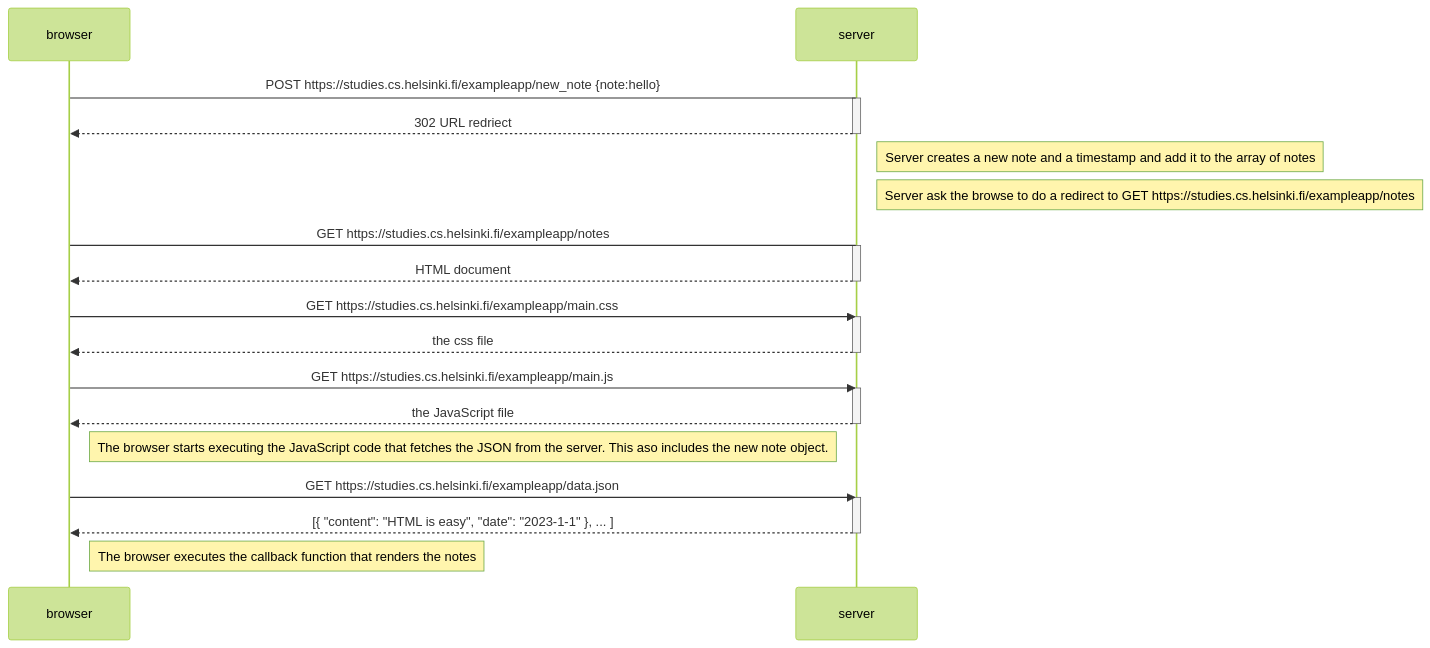
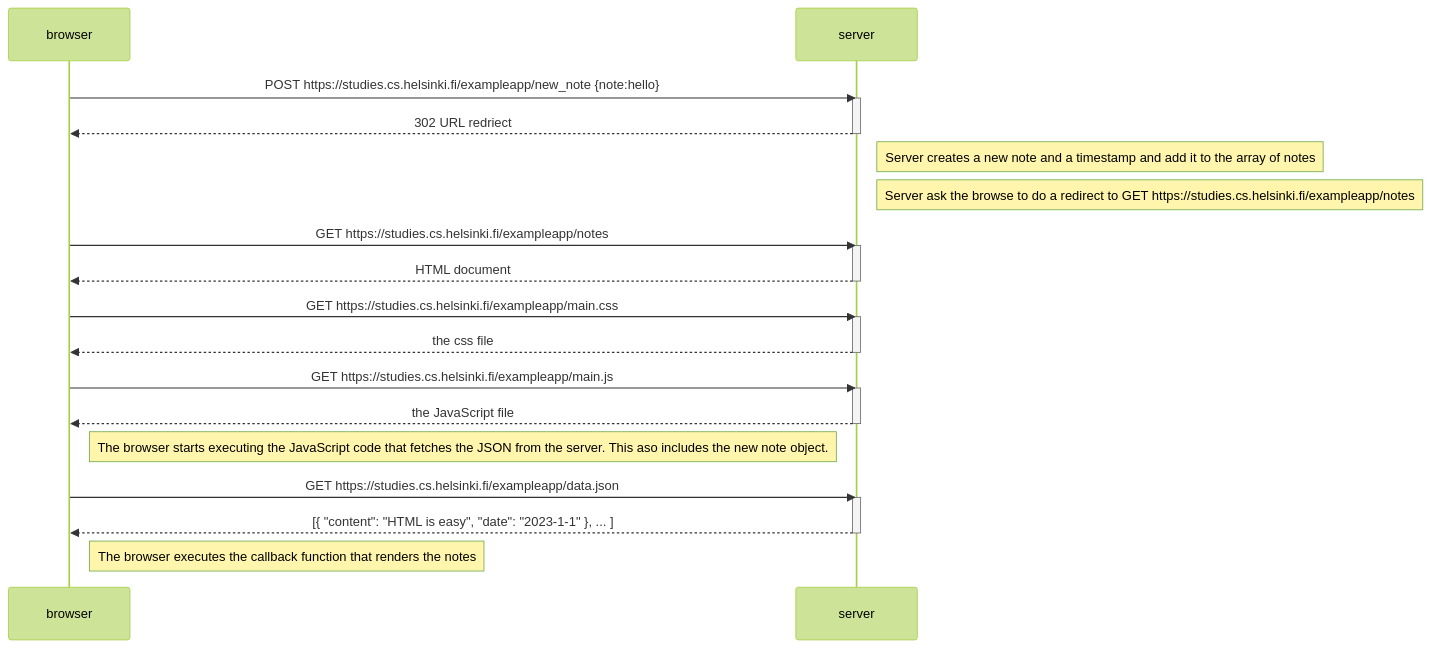
Before and after one commit to bijojoseph16/fullstackopen: the diagram in part0/Ex0.4.md, drawn with Mermaid (forest theme).

Commit message:
fix typo
fix typo

````diff
--- a/part0/Ex0.4.md
+++ b/part0/Ex0.4.md
@@ -1,36 +1,36 @@
 ```mermaid
 sequenceDiagram
     participant browser
     participant server
 
-    browser -> server : POST https://studies.cs.helsinki.fi/exampleapp/new_note {note:hello}
+    browser ->> server : POST https://studies.cs.helsinki.fi/exampleapp/new_note {note:hello}
     activate server
     server -->> browser : 302 URL redriect
     deactivate server
     Note right of server: Server creates a new note and a timestamp and add it to the array of notes
     Note right of server: Server ask the browse to do a redirect to GET https://studies.cs.helsinki.fi/exampleapp/notes
 
-    browser -> server : GET https://studies.cs.helsinki.fi/exampleapp/notes
+    browser ->> server : GET https://studies.cs.helsinki.fi/exampleapp/notes
     activate server
     server -->> browser : HTML document 
     deactivate server
 
     browser->>server: GET https://studies.cs.helsinki.fi/exampleapp/main.css
     activate server
     server-->>browser: the css file
     deactivate server
 
     browser->>server: GET https://studies.cs.helsinki.fi/exampleapp/main.js
     activate server
     server-->>browser: the JavaScript file
     deactivate server
 
     Note right of browser: The browser starts executing the JavaScript code that fetches the JSON from the server. This aso includes the new note object.
 
     browser->>server: GET https://studies.cs.helsinki.fi/exampleapp/data.json
     activate server
     server-->>browser: [{ "content": "HTML is easy", "date": "2023-1-1" }, ... ]
     deactivate server
 
     Note right of browser: The browser executes the callback function that renders the notes
 ```
````
